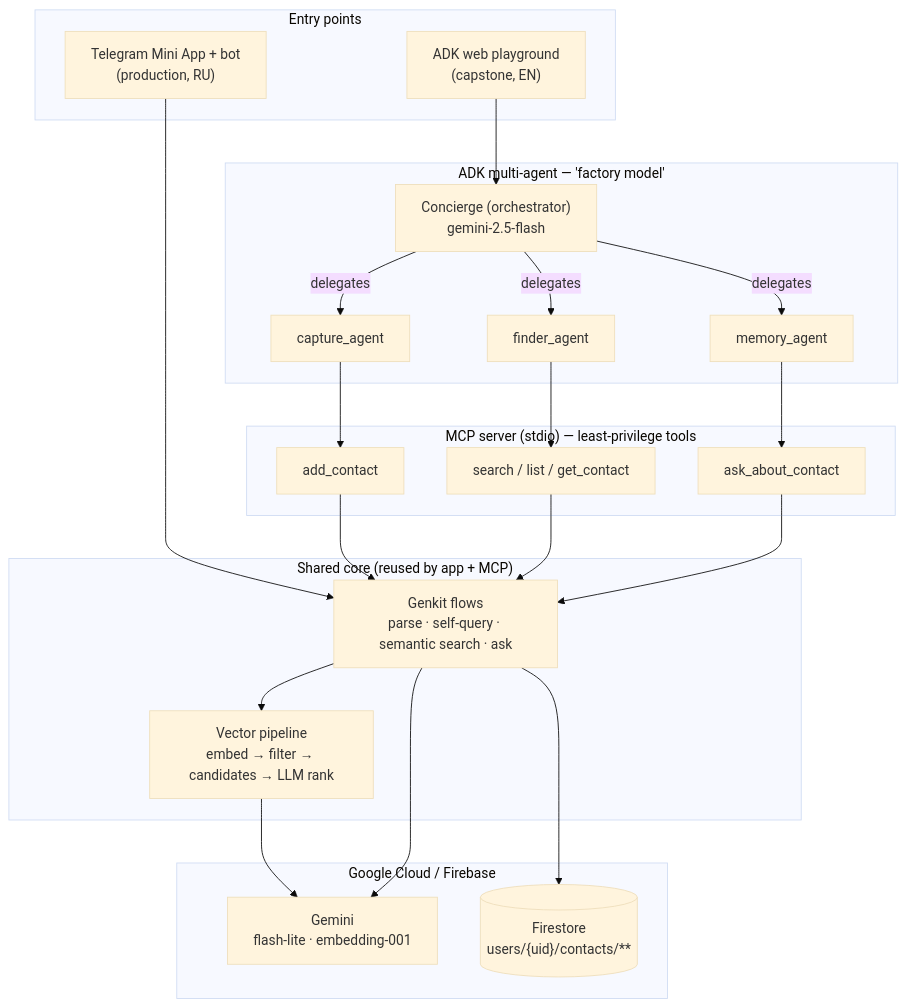
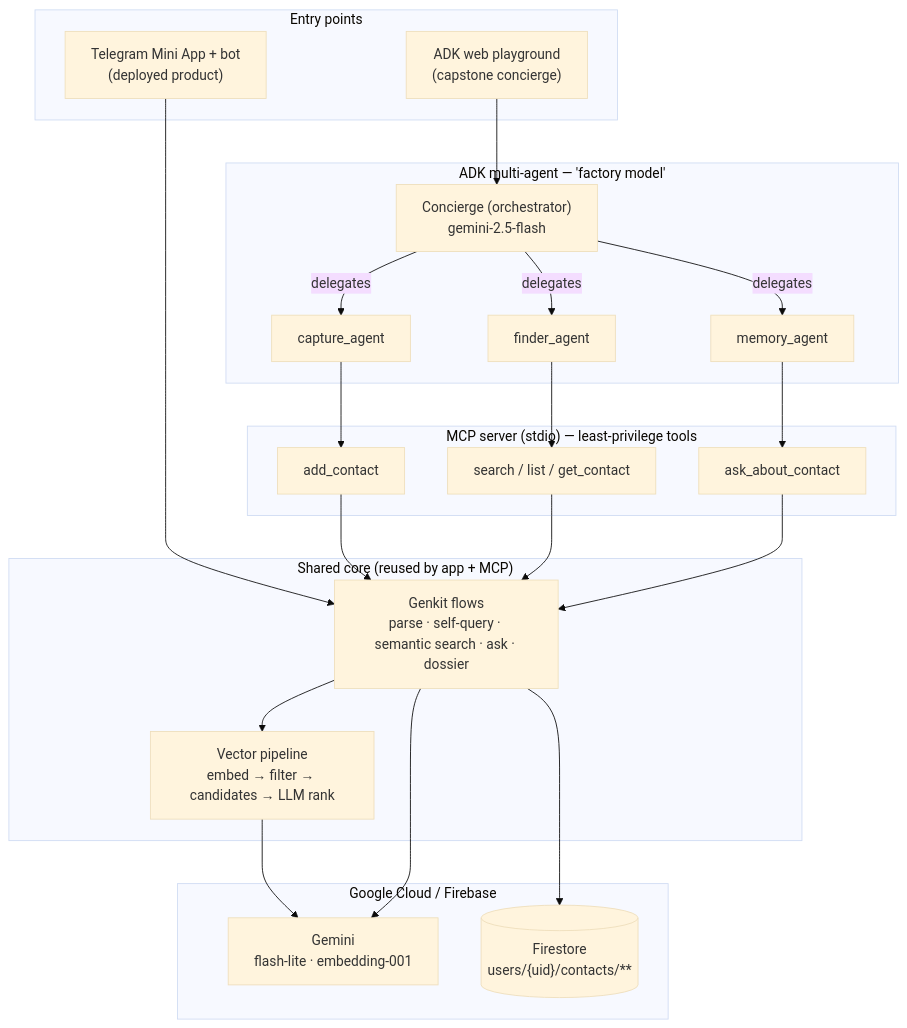
One commit to uvovezopoca35-arch/just-contacts-capstone changed the diagram in README.md. Above: the diagram before and after it, drawn with Mermaid (base theme). The commit also changed other lines of this file, not shown here.

First line of the commit message:
docs: rewrite README — richer, feature-specific product description

````diff
--- a/README.md
+++ b/README.md
@@ -59,46 +82,46 @@
 ```mermaid
 flowchart TD
     subgraph Entry["Entry points"]
-        TG["Telegram Mini App + bot<br/>(production, RU)"]
-        ADK["ADK web playground<br/>(capstone, EN)"]
+        TG["Telegram Mini App + bot<br/>(deployed product)"]
+        ADK["ADK web playground<br/>(capstone concierge)"]
     end
 
     subgraph Agents["ADK multi-agent — 'factory model'"]
         ORCH["Concierge (orchestrator)<br/>gemini-2.5-flash"]
         CAP["capture_agent"]
         FND["finder_agent"]
         MEM["memory_agent"]
         ORCH -->|delegates| CAP
         ORCH -->|delegates| FND
         ORCH -->|delegates| MEM
     end
 
     subgraph MCP["MCP server (stdio) — least-privilege tools"]
         T1["add_contact"]
         T2["search / list / get_contact"]
         T3["ask_about_contact"]
     end
 
     subgraph Core["Shared core (reused by app + MCP)"]
-        FLOWS["Genkit flows<br/>parse · self-query · semantic search · ask"]
+        FLOWS["Genkit flows<br/>parse · self-query · semantic search · ask · dossier"]
         VEC["Vector pipeline<br/>embed → filter → candidates → LLM rank"]
     end
 
     subgraph Cloud["Google Cloud / Firebase"]
         GEM["Gemini<br/>flash-lite · embedding-001"]
         FS[("Firestore<br/>users/{uid}/contacts/**")]
     end
 
     TG --> FLOWS
     ADK --> ORCH
     CAP --> T1
     FND --> T2
     MEM --> T3
     T1 --> FLOWS
     T2 --> FLOWS
     T3 --> FLOWS
     FLOWS --> VEC
     VEC --> GEM
     FLOWS --> GEM
     FLOWS --> FS
 ```
````
